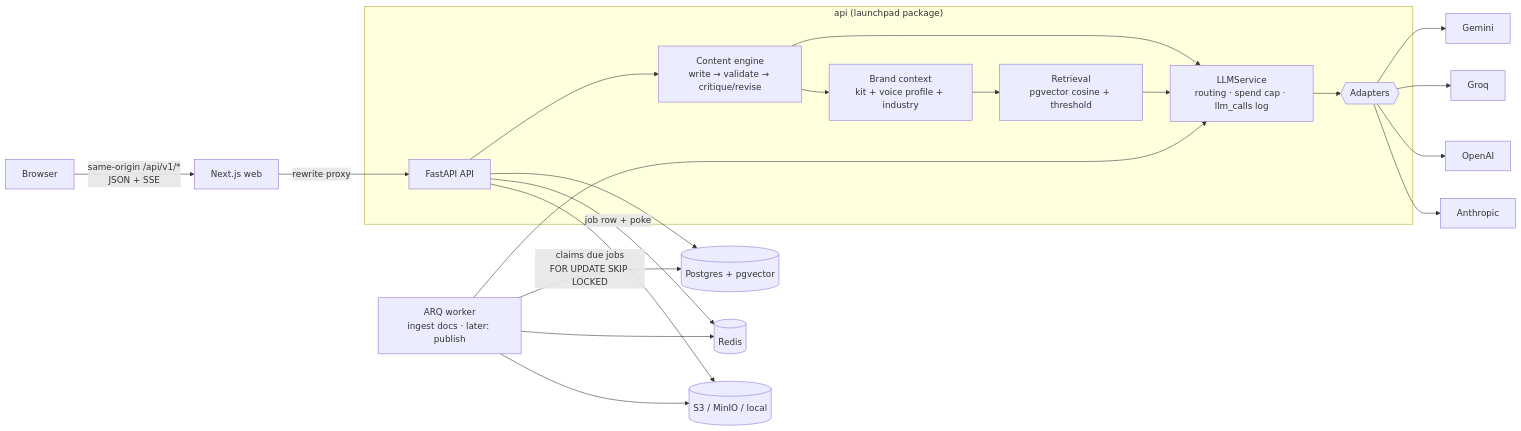
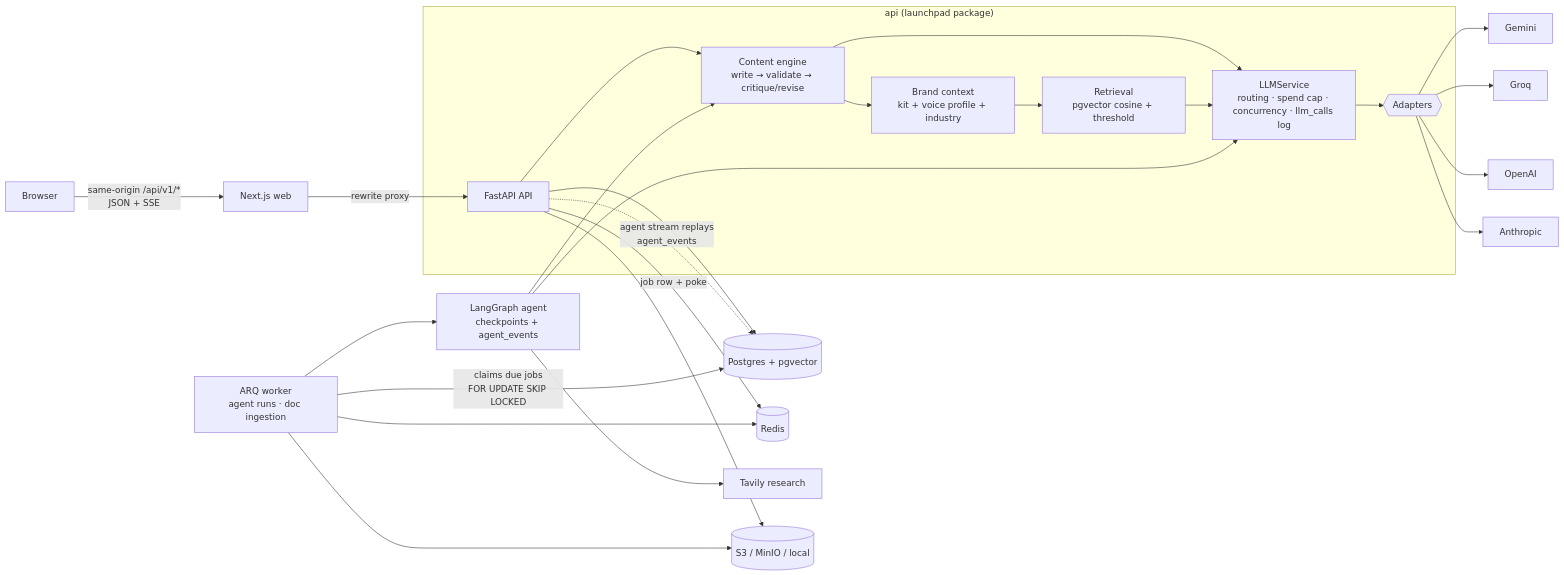
One commit to Devvv2607/launchpad changed the first of 2 diagrams in README.md. Above: the diagram before and after it, drawn with Mermaid. The commit also changed other lines of this file, not shown here.

Commit message:
docs: README for Phase 3 (agent graph, event stream schema, API, guardrails, design decisions)

````diff
--- a/README.md
+++ b/README.md
@@ -17,21 +18,24 @@
 ```mermaid
 flowchart LR
   B[Browser] -->|same-origin /api/v1/*<br/>JSON + SSE| W[Next.js web]
   W -->|rewrite proxy| A[FastAPI API]
   subgraph API["api (launchpad package)"]
     A --> CE[Content engine<br/>write → validate → critique/revise]
     CE --> CTX[Brand context<br/>kit + voice profile + industry]
     CTX --> RAG[Retrieval<br/>pgvector cosine + threshold]
-    CE --> LLM[LLMService<br/>routing · spend cap · llm_calls log]
+    CE --> LLM[LLMService<br/>routing · spend cap · concurrency · llm_calls log]
     RAG --> LLM
     LLM --> AD{{Adapters}}
   end
   AD --> G[Gemini] & Q[Groq] & O[OpenAI] & C[Anthropic]
   A --> P[(Postgres + pgvector)]
   A -->|job row + poke| R[(Redis)]
-  K[ARQ worker<br/>ingest docs · later: publish] --> R
+  K[ARQ worker<br/>agent runs · doc ingestion] --> R
   K -->|claims due jobs<br/>FOR UPDATE SKIP LOCKED| P
-  K --> LLM
+  K --> AG[LangGraph agent<br/>checkpoints + agent_events] --> CE
+  AG --> LLM
+  AG --> T[Tavily research]
+  A -.->|agent stream replays<br/>agent_events| P
   A --> S[(S3 / MinIO / local)]
   K --> S
 ```
````
